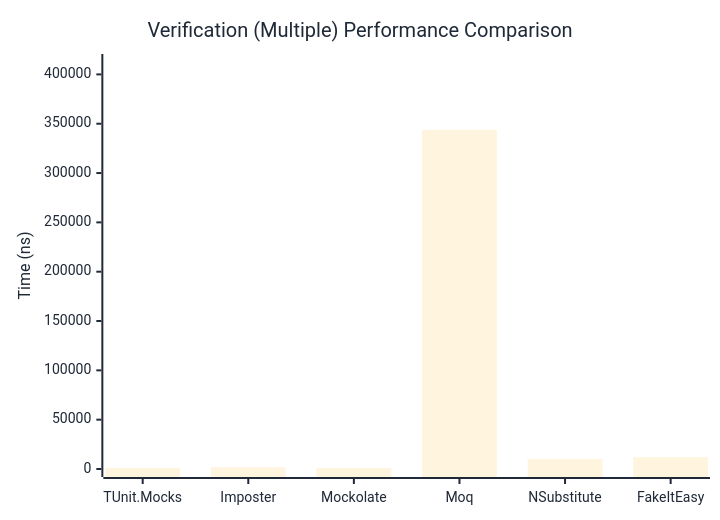
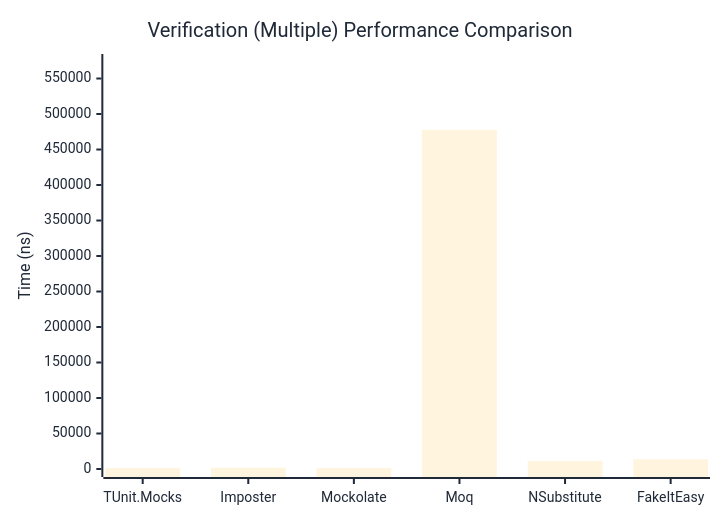
One commit to thomhurst/TUnit changed the third of 3 diagrams in docs/docs/benchmarks/mocks/Verification.md. Above: the diagram before and after it, drawn with Mermaid. The commit also changed other lines of this file and 14 other files, not shown here.

````diff
--- a/docs/docs/benchmarks/mocks/Verification.md
+++ b/docs/docs/benchmarks/mocks/Verification.md
@@ -112,27 +112,27 @@
 ```mermaid
 %%{init: {
   'theme':'base',
   'themeVariables': {
     'primaryColor': '#2563eb',
     'primaryTextColor': '#1f2937',
     'primaryBorderColor': '#1e40af',
     'lineColor': '#6b7280',
     'secondaryColor': '#7c3aed',
     'tertiaryColor': '#dc2626',
     'background': '#ffffff',
     'pie1': '#2563eb',
     'pie2': '#7c3aed',
     'pie3': '#dc2626',
     'pie4': '#f59e0b',
     'pie5': '#10b981',
     'pie6': '#06b6d4',
     'pie7': '#ec4899',
     'pie8': '#6366f1'
   }
 }}%%
 xychart-beta
   title "Verification (Multiple) Performance Comparison"
   x-axis ["TUnit.Mocks", "Imposter", "Mockolate", "Moq", "NSubstitute", "FakeItEasy"]
-  y-axis "Time (ns)" 0 --> 412561
-  bar [1262.2, 1644.45, 1114.69, 343800.49, 10191.09, 11948.41]
+  y-axis "Time (ns)" 0 --> 573268
+  bar [1273.56, 1775.45, 1236.29, 477723.02, 11394.5, 13736.76]
 ```
````
